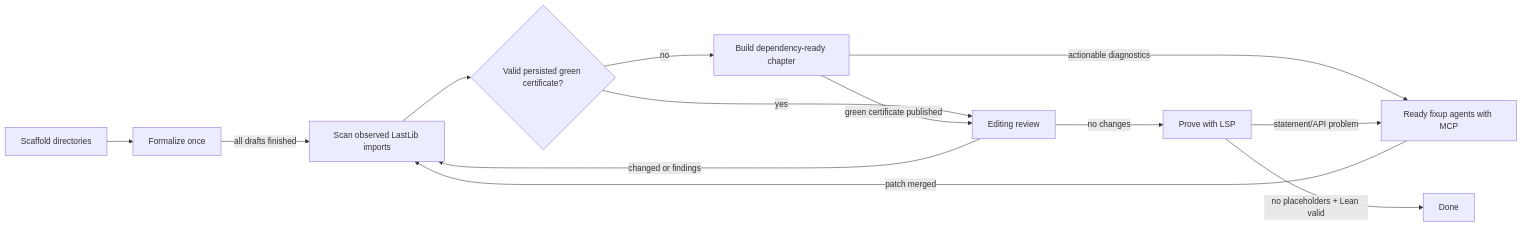
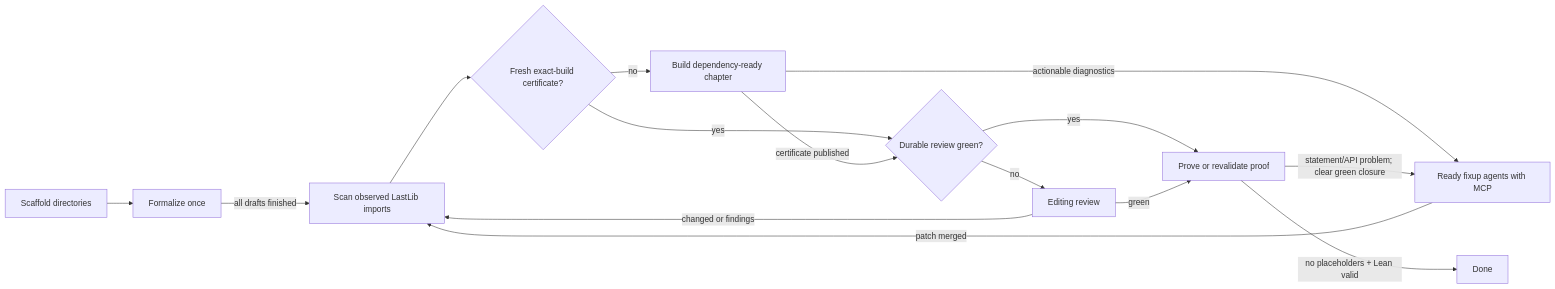
Before and after one commit to phulin/LastLib: the diagram in SWARM.md, drawn with Mermaid. The commit also changed other lines of this file and 6 other files, not shown here.

Commit message:
fix(swarm): persist durable review completion

````diff
--- a/SWARM.md
+++ b/SWARM.md
@@ -13,15 +13,17 @@
 ```mermaid
 flowchart LR
     S[Scaffold directories] --> F[Formalize once]
     F -->|all drafts finished| I[Scan observed LastLib imports]
-    I --> C{Valid persisted green certificate?}
+    I --> C{Fresh exact-build certificate?}
     C -->|no| B[Build dependency-ready chapter]
-    C -->|yes| R[Editing review]
+    C -->|yes| G{Durable review green?}
     B -->|actionable diagnostics| X[Ready fixup agents with MCP]
     X -->|patch merged| I
-    B -->|green certificate published| R
+    B -->|certificate published| G
+    G -->|no| R[Editing review]
+    G -->|yes| P[Prove or revalidate proof]
     R -->|changed or findings| I
-    R -->|no changes| P[Prove with LSP]
-    P -->|statement/API problem| X
+    R -->|green| P
+    P -->|statement/API problem; clear green closure| X
     P -->|no placeholders + Lean valid| D[Done]
 ```
````
